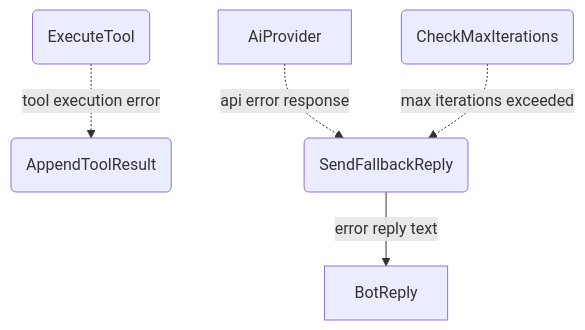
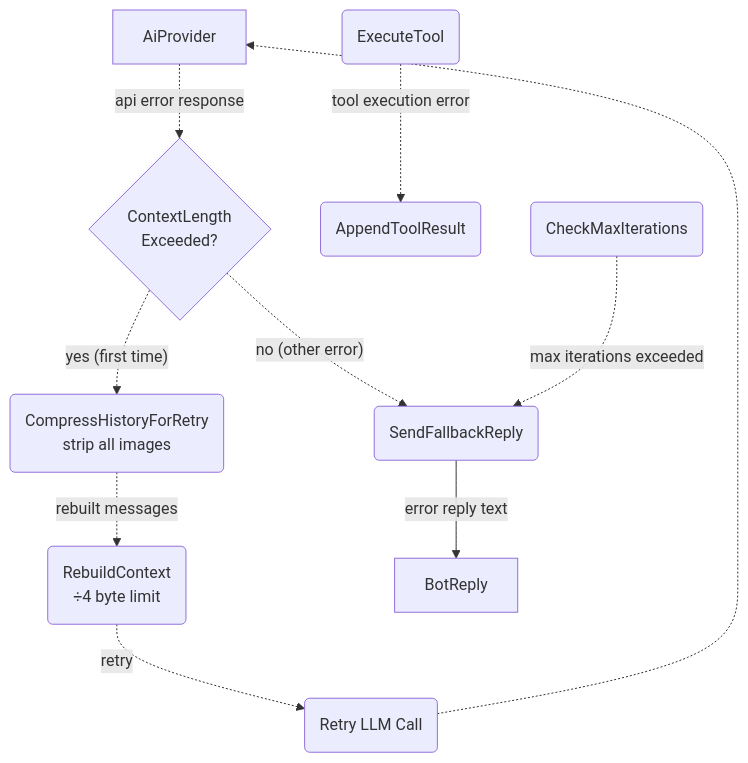
Before and after one commit to cosmoswafer/rockbot: the second of 12 diagrams in _dfds/agent-harness.md, drawn with Mermaid. The commit also changed other lines of this file and 6 other files, not shown here.

First line of the commit message:
fix: handle provider context-length errors with compression retry

````diff
--- a/_dfds/agent-harness.md
+++ b/_dfds/agent-harness.md
@@ -74,14 +74,23 @@
 ```mermaid
 flowchart TD
     AI[AiProvider]
     TOOL_EXEC(ExecuteTool)
     LOOP_LIMIT(CheckMaxIterations)
     APPEND(AppendToolResult)
     FALLBACK(SendFallbackReply)
+    COMPRESS{ContextLength<br/>Exceeded?}
+    STRIP(CompressHistoryForRetry<br/>strip all images)
+    REBUILD(RebuildContext<br/>÷4 byte limit)
+    RETRY(Retry LLM Call)
     REPLY[BotReply]
 
-    AI -.->|"api error response"| FALLBACK
+    AI -.->|"api error response"| COMPRESS
+    COMPRESS -.->|"yes (first time)"| STRIP
+    COMPRESS -.->|"no (other error)"| FALLBACK
+    STRIP -.->|"rebuilt messages"| REBUILD
+    REBUILD -.->|"retry"| RETRY
+    RETRY -.-> AI
     TOOL_EXEC -.->|"tool execution error"| APPEND
     LOOP_LIMIT -.->|"max iterations exceeded"| FALLBACK
     FALLBACK -->|"error reply text"| REPLY
 ```
````
